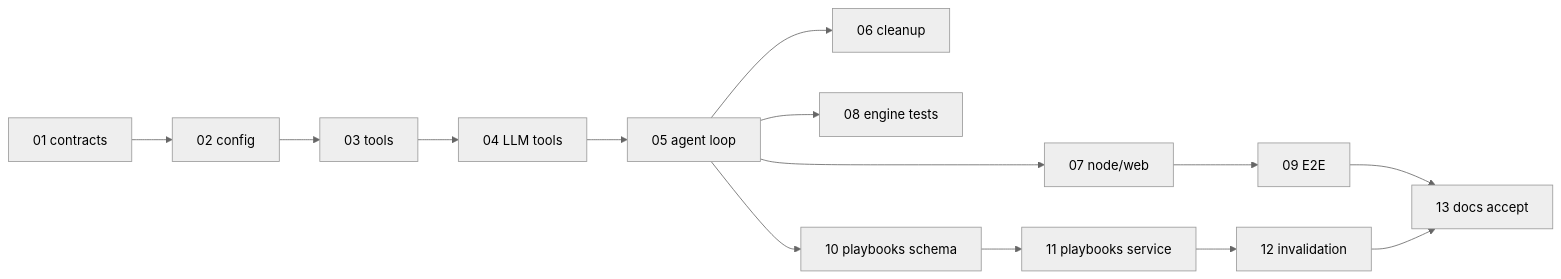
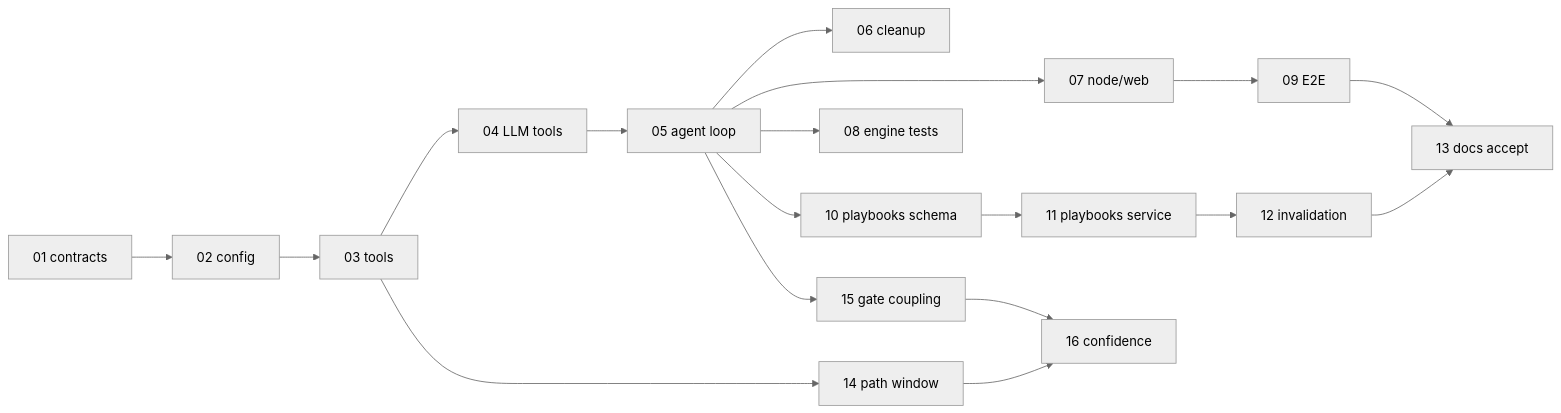
Before and after one commit to ashokduraik/CodeSage: the diagram in docs/plans/agent-qa/README.md, drawn with Mermaid (neutral theme). The commit also changed other lines of this file and 13 other files, not shown here.

````diff
--- a/docs/plans/agent-qa/README.md
+++ b/docs/plans/agent-qa/README.md
@@ -39,16 +52,20 @@
 ```mermaid
 flowchart LR
   P01[01 contracts] --> P02[02 config]
   P02 --> P03[03 tools]
   P03 --> P04[04 LLM tools]
   P04 --> P05[05 agent loop]
   P05 --> P06[06 cleanup]
   P05 --> P07[07 node/web]
   P05 --> P08[08 engine tests]
   P07 --> P09[09 E2E]
   P05 --> P10[10 playbooks schema]
   P10 --> P11[11 playbooks service]
   P11 --> P12[12 invalidation]
   P09 --> P13[13 docs accept]
   P12 --> P13
+  P03 --> P14[14 path window]
+  P05 --> P15[15 gate coupling]
+  P14 --> P16[16 confidence]
+  P15 --> P16
 ```
````
